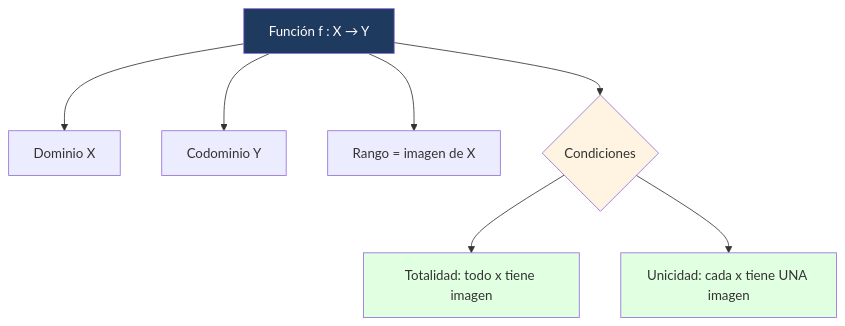
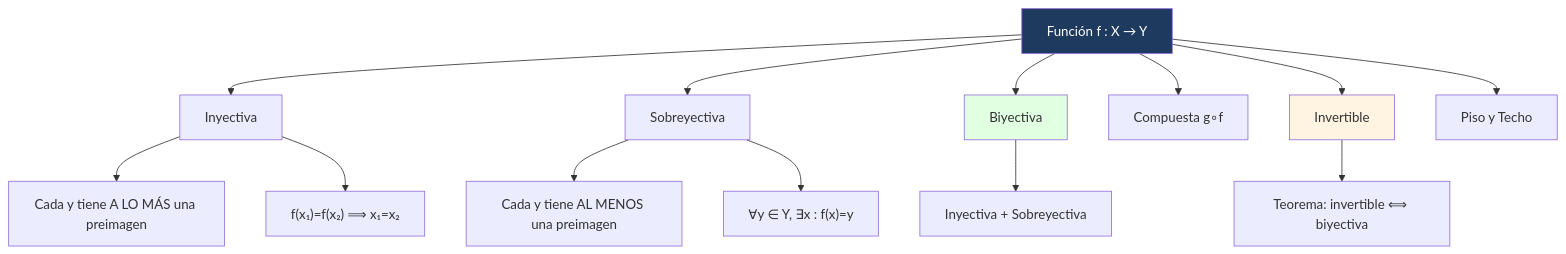
Before and after one commit to Fsteven22/Notas-de-Universidad-Freddy-Sanchez-: the diagram in Universidad/3er Semestre/Matemáticas Discretas/Unidad 2 - Funciones y Relaciones/01 - Funciones.md, drawn with Mermaid. The commit also changed other lines of this file and 16 other files, not shown here.

````diff
--- a/Universidad/3er Semestre/Matemáticas Discretas/Unidad 2 - Funciones y Relaciones/01 - Funciones.md
+++ b/Universidad/3er Semestre/Matemáticas Discretas/Unidad 2 - Funciones y Relaciones/01 - Funciones.md
@@ -101,14 +362,19 @@
 ```mermaid
 graph TD
-    A[Función f : X → Y] --> B[Dominio X]
-    A --> C[Codominio Y]
-    A --> D[Rango = imagen de X]
-    A --> E{Condiciones}
-    E --> F["Totalidad: todo x tiene imagen"]
-    E --> G["Unicidad: cada x tiene UNA imagen"]
+    A[Función f : X → Y] --> B[Inyectiva]
+    A --> C[Sobreyectiva]
+    A --> D[Biyectiva]
+    A --> E[Compuesta g∘f]
+    A --> F[Invertible]
+    A --> G[Piso y Techo]
+    B --> B1["Cada y tiene A LO MÁS una preimagen"]
+    B --> B2["f(x₁)=f(x₂) ⟹ x₁=x₂"]
+    C --> C1["Cada y tiene AL MENOS una preimagen"]
+    C --> C2["∀y ∈ Y, ∃x : f(x)=y"]
+    D --> D1[Inyectiva + Sobreyectiva]
+    F --> F2[Teorema: invertible ⟺ biyectiva]
 
     style A fill:#1e3a5f,color:#fff
-    style E fill:#fff4e1
-    style F fill:#e1ffe1
-    style G fill:#e1ffe1
+    style D fill:#e1ffe1
+    style F fill:#fff4e1
 ```
````
